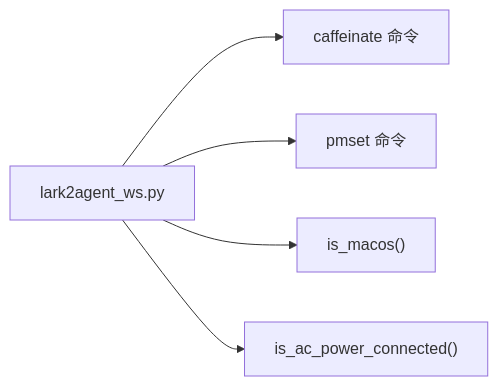
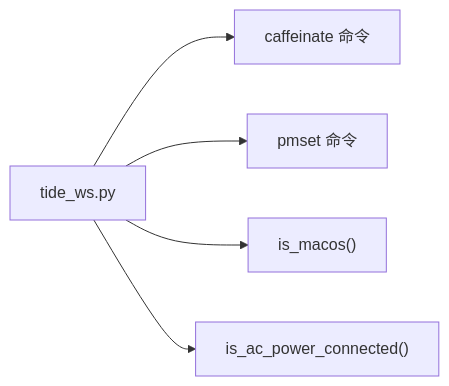
One commit to winditer/tide changed the seventh of 7 diagrams in .qoder/repowiki/zh/content/高级特性/macOS 保活.md. Above: the diagram before and after it, drawn with Mermaid. The commit also changed other lines of this file and 260 other files, not shown here.

````diff
--- a/.qoder/repowiki/zh/content/高级特性/macOS 保活.md
+++ b/.qoder/repowiki/zh/content/高级特性/macOS 保活.md
@@ -226,7 +226,7 @@
 ```mermaid
 graph LR
-L["lark2agent_ws.py"] --> S1["caffeinate 命令"]
+L["tide_ws.py"] --> S1["caffeinate 命令"]
 L --> S2["pmset 命令"]
 L --> U1["is_macos()"]
 L --> U2["is_ac_power_connected()"]
 ```
````
